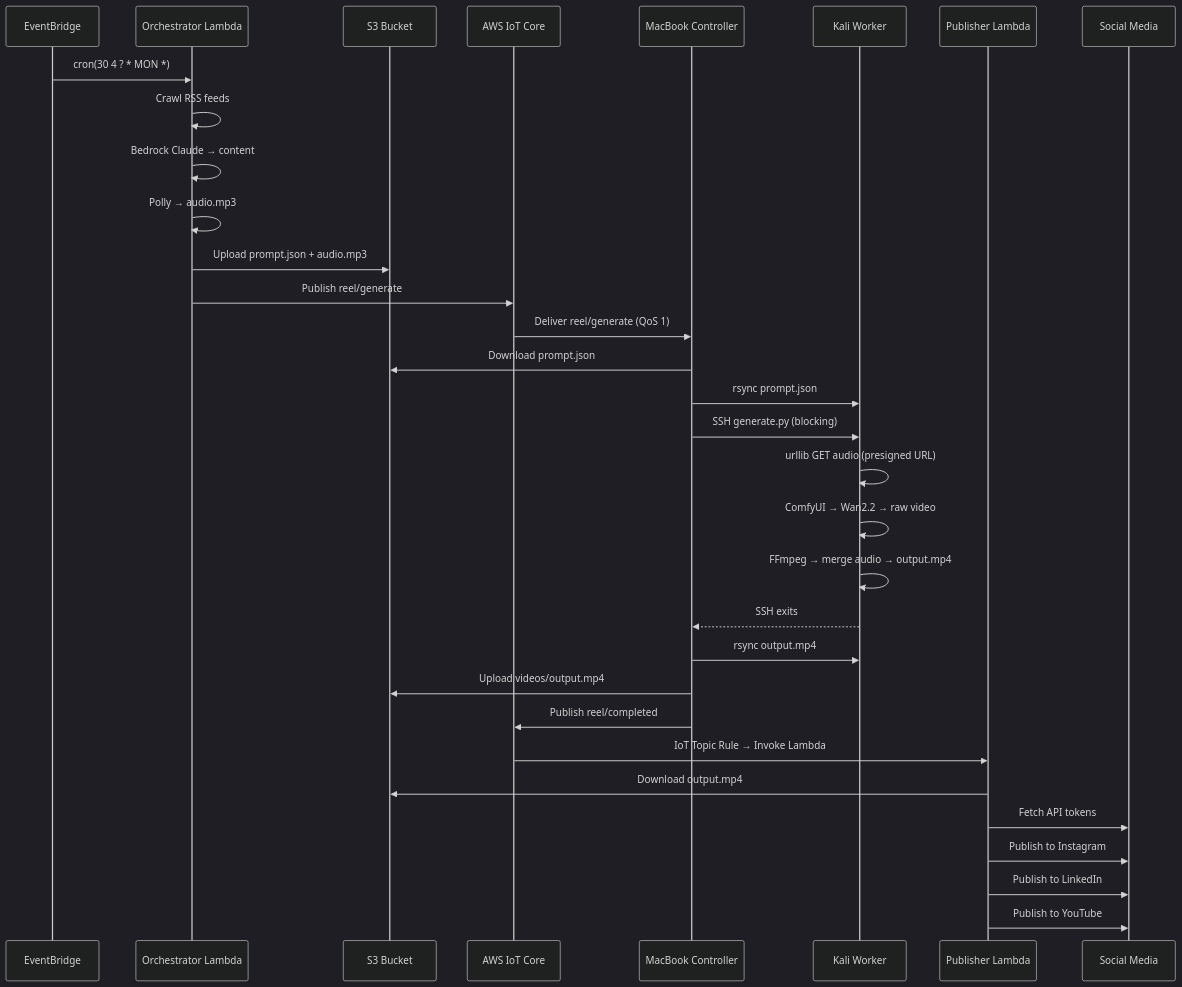
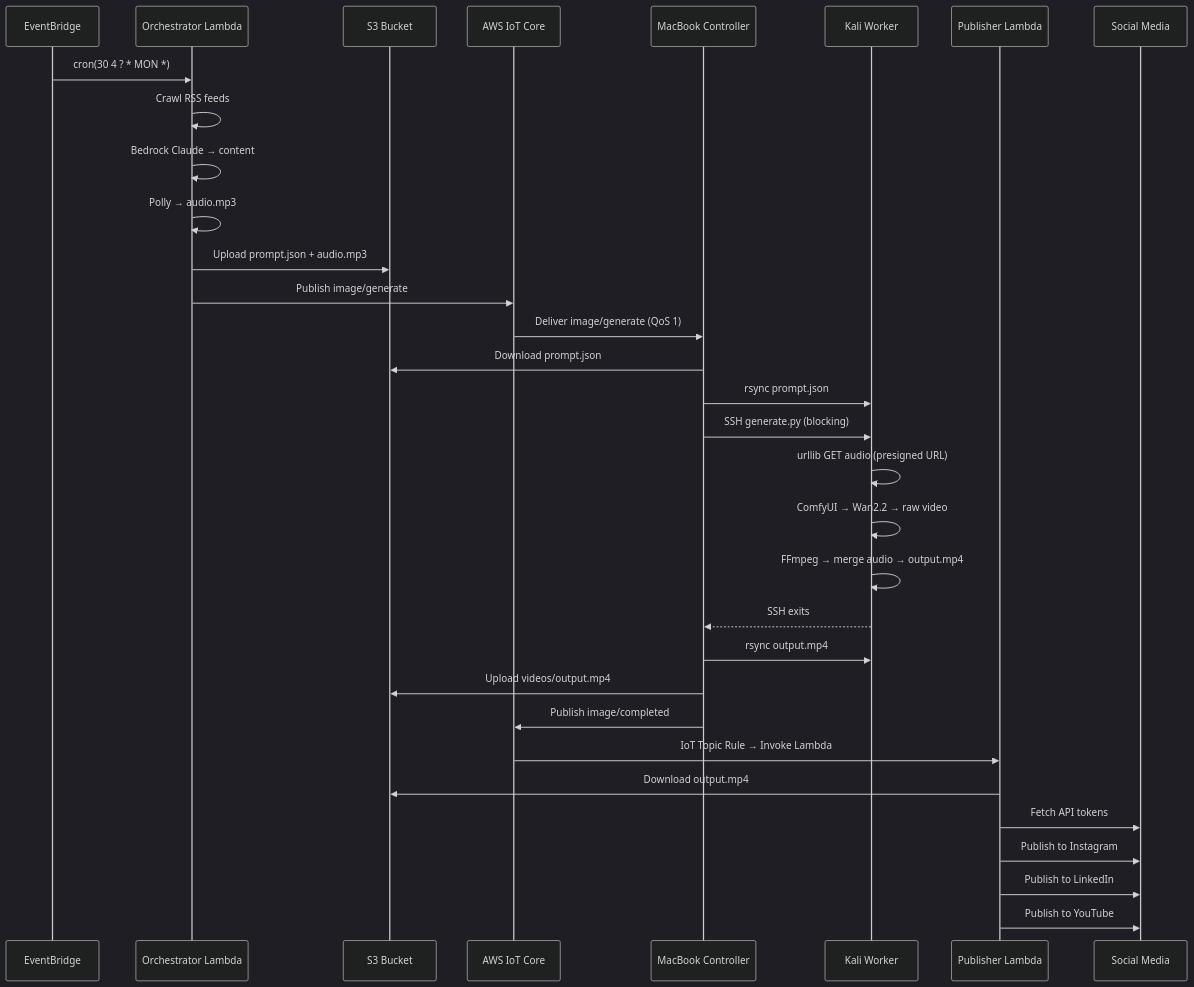
One commit to tsabunkar/ai-auto-publish-reel changed the second of 2 diagrams in ARCHITECTURE.md. Above: the diagram before and after it, drawn with Mermaid (dark theme). The commit also changed other lines of this file and 13 other files, not shown here.

````diff
--- a/ARCHITECTURE.md
+++ b/ARCHITECTURE.md
@@ -137,37 +137,37 @@
 ```mermaid
 sequenceDiagram
     participant EB as EventBridge
     participant OL as Orchestrator Lambda
     participant S3 as S3 Bucket
     participant IOT as AWS IoT Core
     participant MC as MacBook Controller
     participant KL as Kali Worker
     participant PL as Publisher Lambda
     participant SM as Social Media
 
     EB->>OL: cron(30 4 ? * MON *)
     OL->>OL: Crawl RSS feeds
     OL->>OL: Bedrock Claude → content
     OL->>OL: Polly → audio.mp3
     OL->>S3: Upload prompt.json + audio.mp3
-    OL->>IOT: Publish reel/generate
+    OL->>IOT: Publish image/generate
 
-    IOT->>MC: Deliver reel/generate (QoS 1)
+    IOT->>MC: Deliver image/generate (QoS 1)
     MC->>S3: Download prompt.json
     MC->>KL: rsync prompt.json
     MC->>KL: SSH generate.py (blocking)
     KL->>KL: urllib GET audio (presigned URL)
     KL->>KL: ComfyUI → Wan2.2 → raw video
     KL->>KL: FFmpeg → merge audio → output.mp4
     KL-->>MC: SSH exits
     MC->>KL: rsync output.mp4
     MC->>S3: Upload videos/output.mp4
-    MC->>IOT: Publish reel/completed
+    MC->>IOT: Publish image/completed
 
     IOT->>PL: IoT Topic Rule → Invoke Lambda
     PL->>S3: Download output.mp4
     PL->>SM: Fetch API tokens
     PL->>SM: Publish to Instagram
     PL->>SM: Publish to LinkedIn
     PL->>SM: Publish to YouTube
 ```
````
